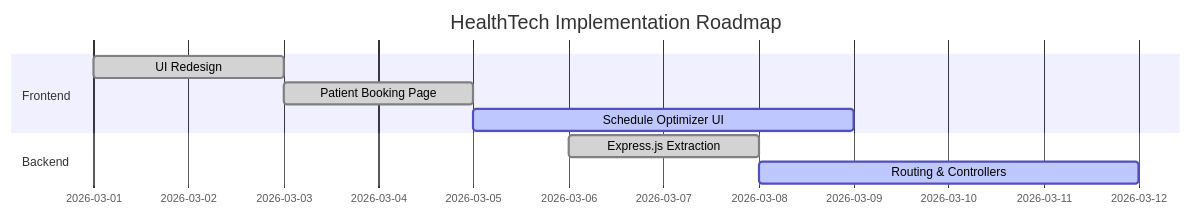
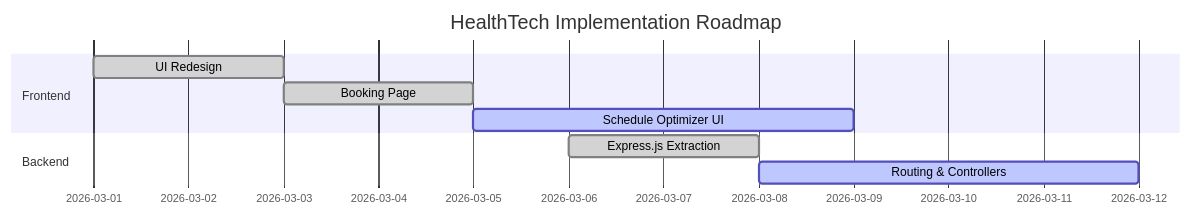
Before and after one commit to sahoo-tech/Health-Connect: the third of 3 diagrams in README.md, drawn with Mermaid. The commit also changed other lines of this file and 22 other files, not shown here.

````diff
--- a/README.md
+++ b/README.md
@@ -83,12 +81,12 @@
 ```mermaid
 gantt
     title HealthTech Implementation Roadmap
     dateFormat  YYYY-MM-DD
     section Frontend
     UI Redesign           :done,    des1, 2026-03-01, 2026-03-03
-    Patient Booking Page  :done,    des2, 2026-03-03, 2026-03-05
+    Booking Page          :done,    des2, 2026-03-03, 2026-03-05
     Schedule Optimizer UI :active,  des3, 2026-03-05, 4d
     section Backend
     Express.js Extraction :done,    api1, 2026-03-06, 2d
     Routing & Controllers :active,  api2, 2026-03-08, 4d
 ```
````
